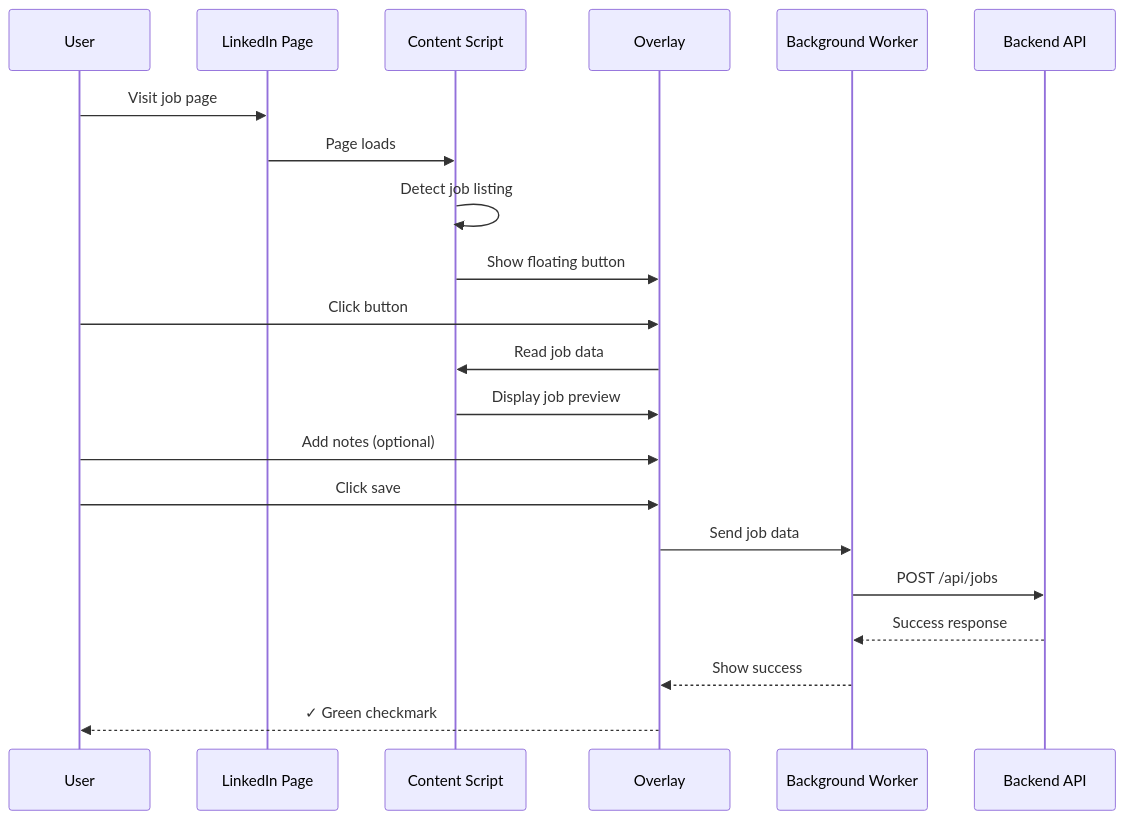
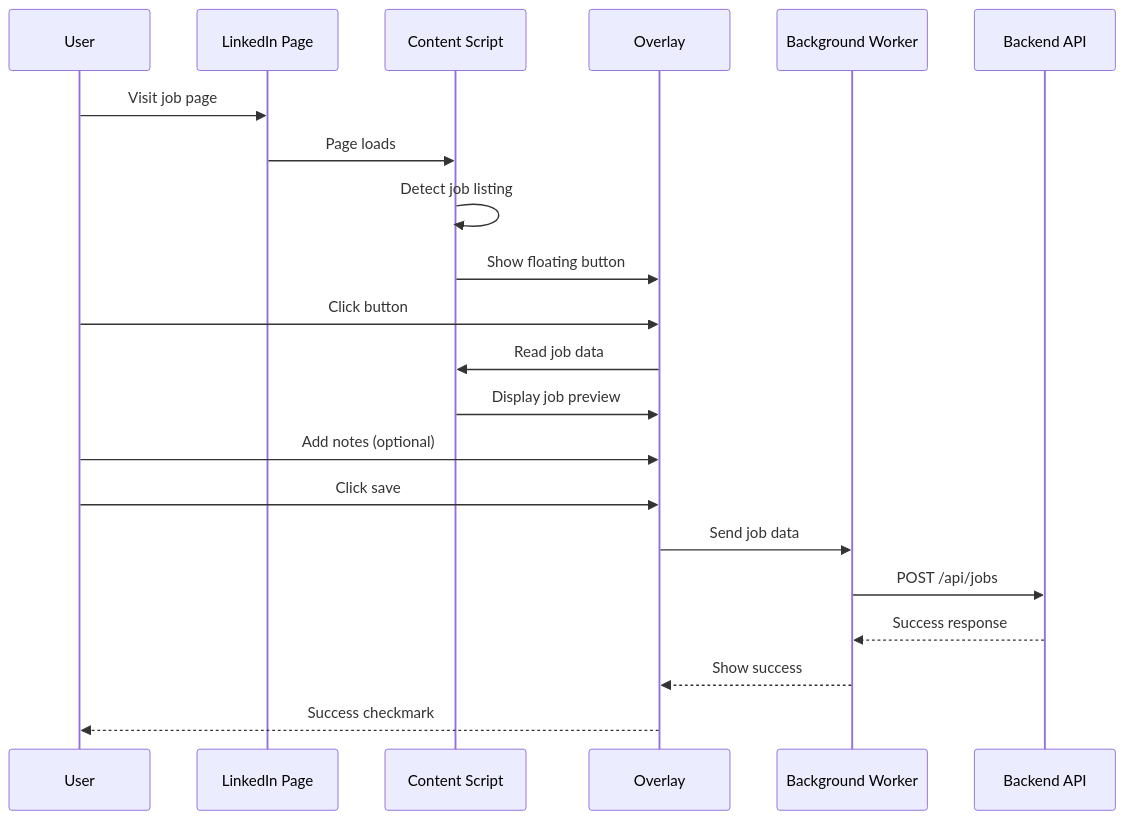
The second of 3 diagrams in docs/TECHNICAL_DESIGN.md (benidevo/vega-ai-extension), drawn with Mermaid before and after one commit. The commit also changed other lines of this file and 16 other files, not shown here.

````diff
--- a/docs/TECHNICAL_DESIGN.md
+++ b/docs/TECHNICAL_DESIGN.md
@@ -198,24 +198,24 @@
 ```mermaid
 sequenceDiagram
     participant U as User
     participant LP as LinkedIn Page
     participant CS as Content Script
     participant OV as Overlay
     participant BG as Background Worker
     participant API as Backend API
 
     U->>LP: Visit job page
     LP->>CS: Page loads
     CS->>CS: Detect job listing
     CS->>OV: Show floating button
     U->>OV: Click button
     OV->>CS: Read job data
     CS->>OV: Display job preview
     U->>OV: Add notes (optional)
     U->>OV: Click save
     OV->>BG: Send job data
     BG->>API: POST /api/jobs
     API-->>BG: Success response
     BG-->>OV: Show success
-    OV-->>U: ✓ Green checkmark
+    OV-->>U: Success checkmark
 ```
````
